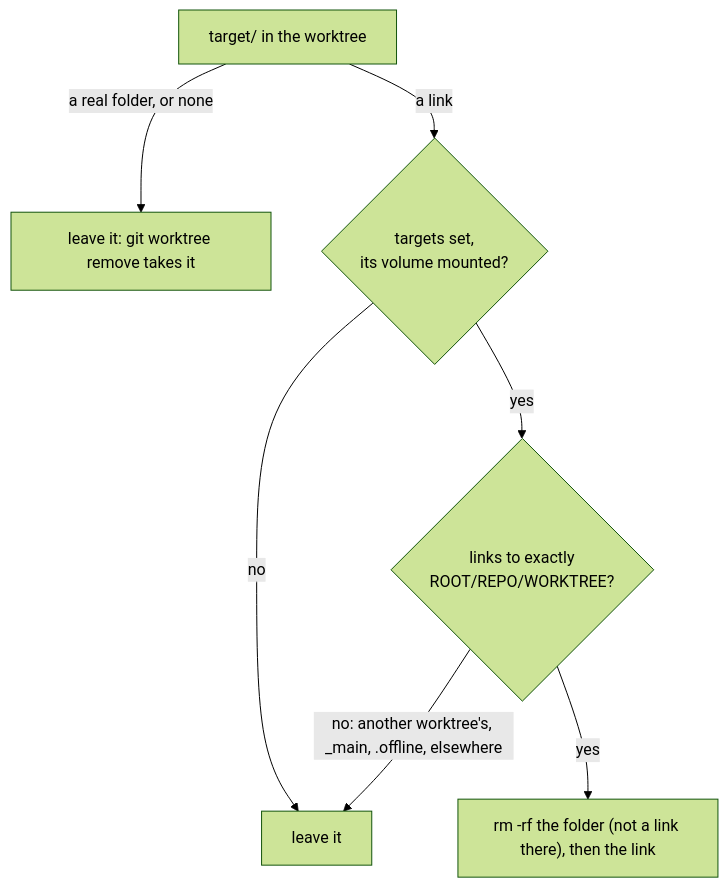
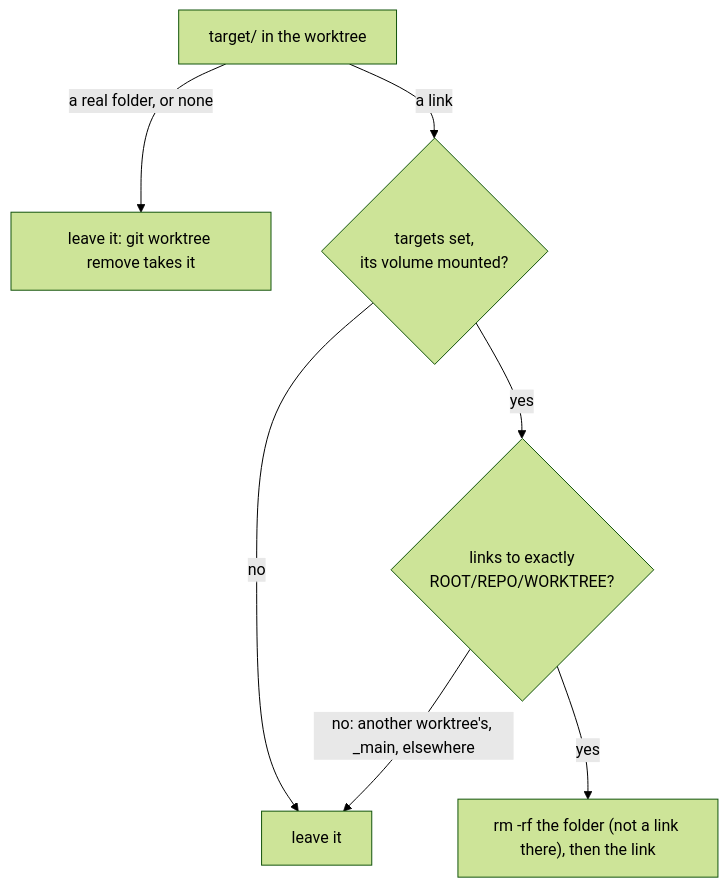
The second of 2 diagrams in docs/specs/build-targets.md (tampopogk/kanna), drawn with Mermaid (forest theme) before and after one commit. The commit also changed other lines of this file and 7 other files, not shown here.

````diff
--- a/docs/specs/build-targets.md
+++ b/docs/specs/build-targets.md
@@ -71,9 +68,9 @@
 ```mermaid
 flowchart TD
     A["target/ in the worktree"] -->|"a real folder, or none"| K["leave it: git worktree remove takes it"]
     A -->|a link| B{"targets set,<br/>its volume mounted?"}
     B -->|no| K2["leave it"]
     B -->|yes| C{"links to exactly<br/>ROOT/REPO/WORKTREE?"}
-    C -->|"no: another worktree's, _main, .offline, elsewhere"| K2
+    C -->|"no: another worktree's, _main, elsewhere"| K2
     C -->|yes| D["rm -rf the folder (not a link there), then the link"]
 ```
````
